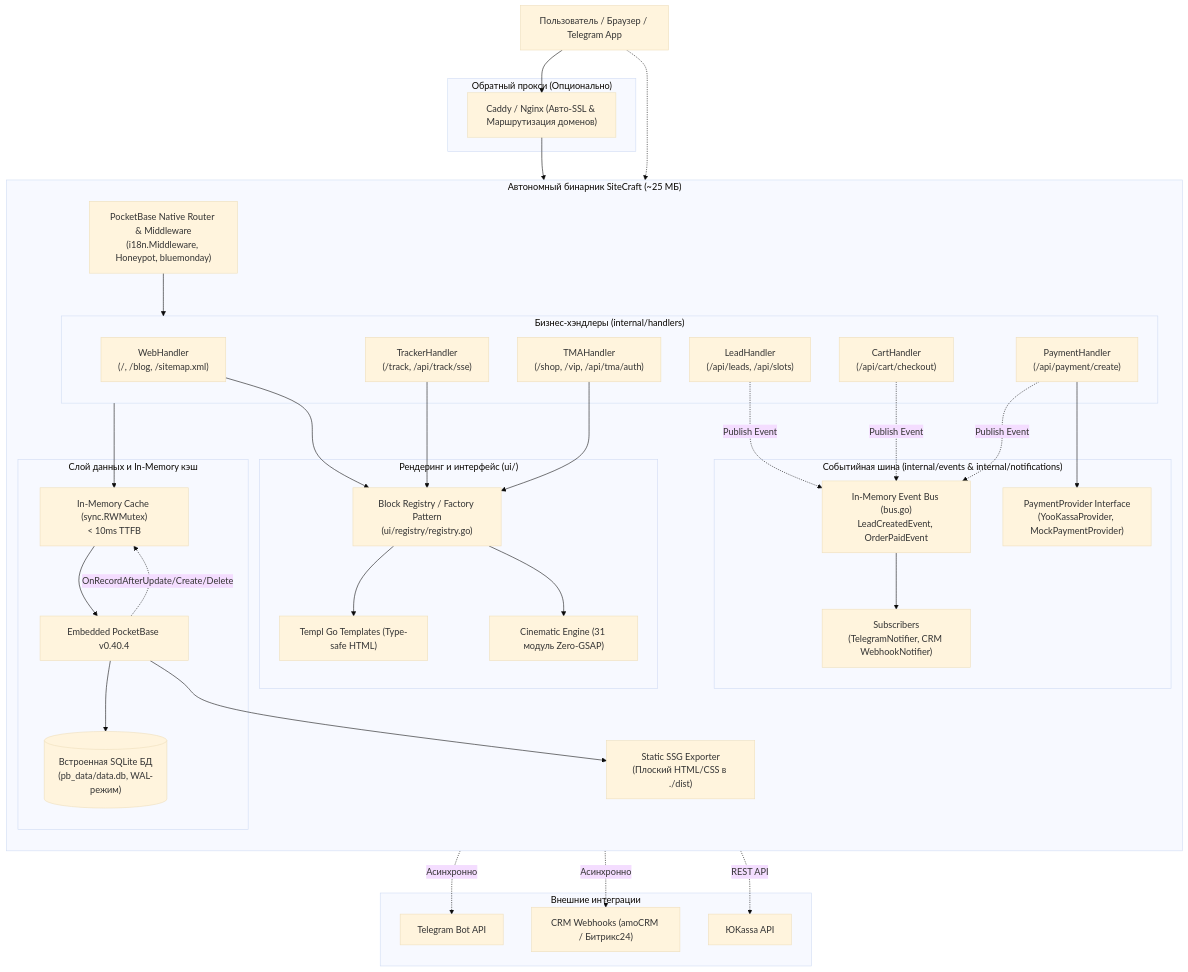
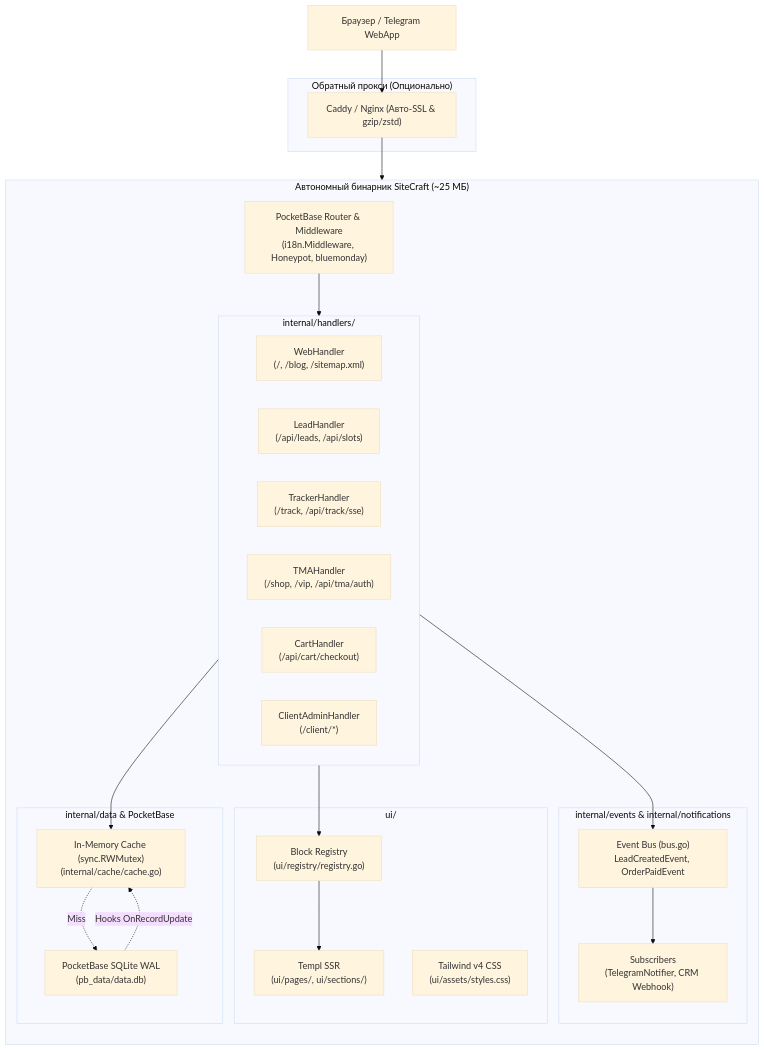
The diagram in PROJECT_DOCUMENTATION.md (Zer02L/SiteCraft), drawn with Mermaid (base theme) before and after one commit. The commit also changed other lines of this file and 43 other files, not shown here.

First line of the commit message:
feat(client-admin): add safe services catalog management with soft delete and purge obsolete docs

````diff
--- a/PROJECT_DOCUMENTATION.md
+++ b/PROJECT_DOCUMENTATION.md
@@ -51,74 +66,48 @@
 ```mermaid
 flowchart TD
-    Client["Пользователь / Браузер / Telegram App"]
+    Client["Браузер / Telegram WebApp"]
     
     subgraph ReverseProxy["Обратный прокси (Опционально)"]
-        Proxy["Caddy / Nginx (Авто-SSL & Маршрутизация доменов)"]
+        Proxy["Caddy / Nginx (Авто-SSL & gzip/zstd)"]
     end
 
     subgraph Binary["Автономный бинарник SiteCraft (~25 МБ)"]
         direction TB
         
-        Router["PocketBase Native Router & Middleware\n(i18n.Middleware, Honeypot, bluemonday)"]
+        Router["PocketBase Router & Middleware\n(i18n.Middleware, Honeypot, bluemonday)"]
         
-        subgraph BusinessHandlers["Бизнес-хэндлеры (internal/handlers)"]
+        subgraph Handlers["internal/handlers/"]
             H_Web["WebHandler\n(/, /blog, /sitemap.xml)"]
             H_Lead["LeadHandler\n(/api/leads, /api/slots)"]
             H_Track["TrackerHandler\n(/track, /api/track/sse)"]
             H_TMA["TMAHandler\n(/shop, /vip, /api/tma/auth)"]
             H_Cart["CartHandler\n(/api/cart/checkout)"]
-            H_Pay["PaymentHandler\n(/api/payment/create)"]
+            H_Client["ClientAdminHandler\n(/client/*)"]
         end
         
-        subgraph EventBusLayer["Событийная шина (internal/events & internal/notifications)"]
-            EBus["In-Memory Event Bus (bus.go)\nLeadCreatedEvent, OrderPaidEvent"]
-            Subscribers["Subscribers\n(TelegramNotifier, CRM WebhookNotifier)"]
-            PayProviders["PaymentProvider Interface\n(YooKassaProvider, MockPaymentProvider)"]
+        subgraph EventBusLayer["internal/events & internal/notifications"]
+            EBus["Event Bus (bus.go)\nLeadCreatedEvent, OrderPaidEvent"]
+            Subscribers["Subscribers\n(TelegramNotifier, CRM Webhook)"]
         end
 
-        subgraph RenderingLayer["Рендеринг и интерфейс (ui/)"]
-            Registry["Block Registry / Factory Pattern\n(ui/registry/registry.go)"]
-            Templ["Templ Go Templates (Type-safe HTML)"]
-            Cinematic["Cinematic Engine (31 модуль Zero-GSAP)"]
+        subgraph RenderingLayer["ui/"]
+            Registry["Block Registry\n(ui/registry/registry.go)"]
+            TemplEngine["Templ SSR\n(ui/pages/, ui/sections/)"]
+            Tailwind["Tailwind v4 CSS\n(ui/assets/styles.css)"]
         end
 
-        subgraph CoreData["Слой данных и In-Memory кэш"]
-            Cache["In-Memory Cache (sync.RWMutex)\n< 10ms TTFB"]
-            PB["Embedded PocketBase v0.40.4"]
-            SQLite[("Встроенная SQLite БД\n(pb_data/data.db, WAL-режим)")]
+        subgraph StorageLayer["internal/data & PocketBase"]
+            Cache["In-Memory Cache (sync.RWMutex)\n(internal/cache/cache.go)"]
+            SQLite["PocketBase SQLite WAL\n(pb_data/data.db)"]
         end
-
-        SSG["Static SSG Exporter\n(Плоский HTML/CSS в ./dist)"]
-    end
-
-    subgraph ExternalServices["Внешние интеграции"]
-        TG["Telegram Bot API"]
-        CRM["CRM Webhooks (amoCRM / Битрикс24)"]
-        Yoo["ЮKassa API"]
     end
 
     Client --> Proxy
     Proxy --> Router
-    Client -.-> Router
-
-    Router --> BusinessHandlers
-    H_Web & H_Track & H_TMA --> Registry
-    Registry --> Templ
-    Registry --> Cinematic
-
-    H_Lead -.->|Publish Event| EBus
-    H_Cart -.->|Publish Event| EBus
-    H_Pay -.->|Publish Event| EBus
-    EBus --> Subscribers
-    H_Pay --> PayProviders
-
-    BusinessHandlers --> Cache
-    Cache --> PB
-    PB --> SQLite
-    PB -.->|OnRecordAfterUpdate/Create/Delete| Cache
-
-    Subscribers -.->|Асинхронно| TG
-    Subscribers -.->|Асинхронно| CRM
-    PayProviders -.->|REST API| Yoo
-    PB --> SSG
+    Router --> Handlers
+    Handlers --> Registry --> TemplEngine
+    Handlers --> EBus --> Subscribers
+    Handlers --> Cache
+    Cache -.->|Miss| SQLite
+    SQLite -.->|Hooks OnRecordUpdate| Cache
 ```
````
